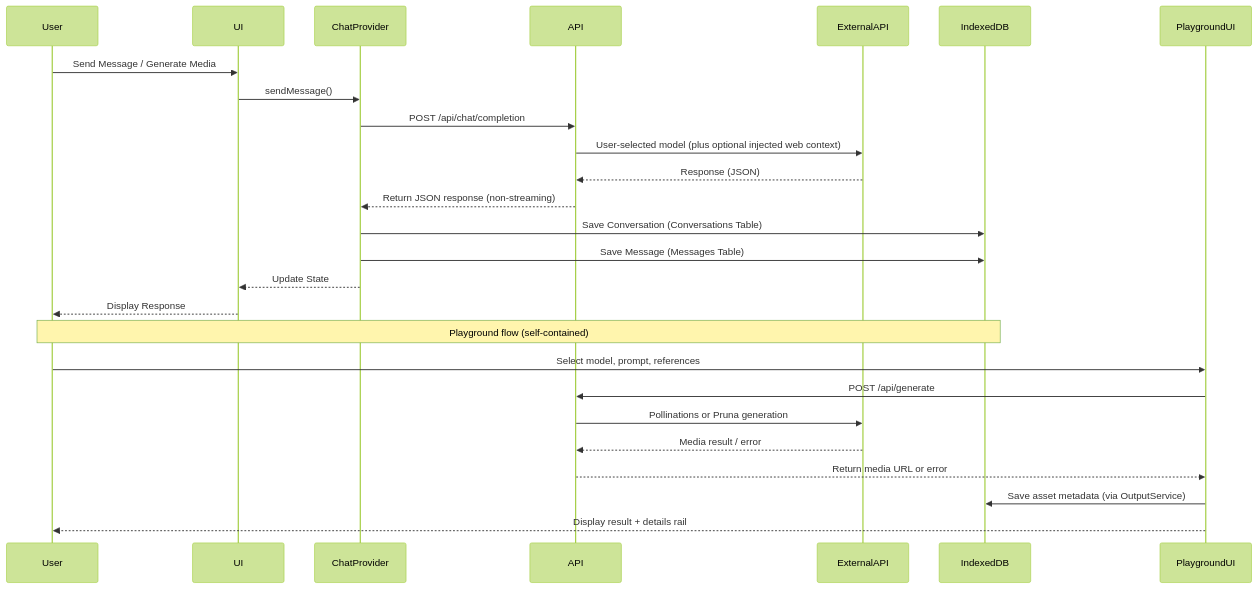
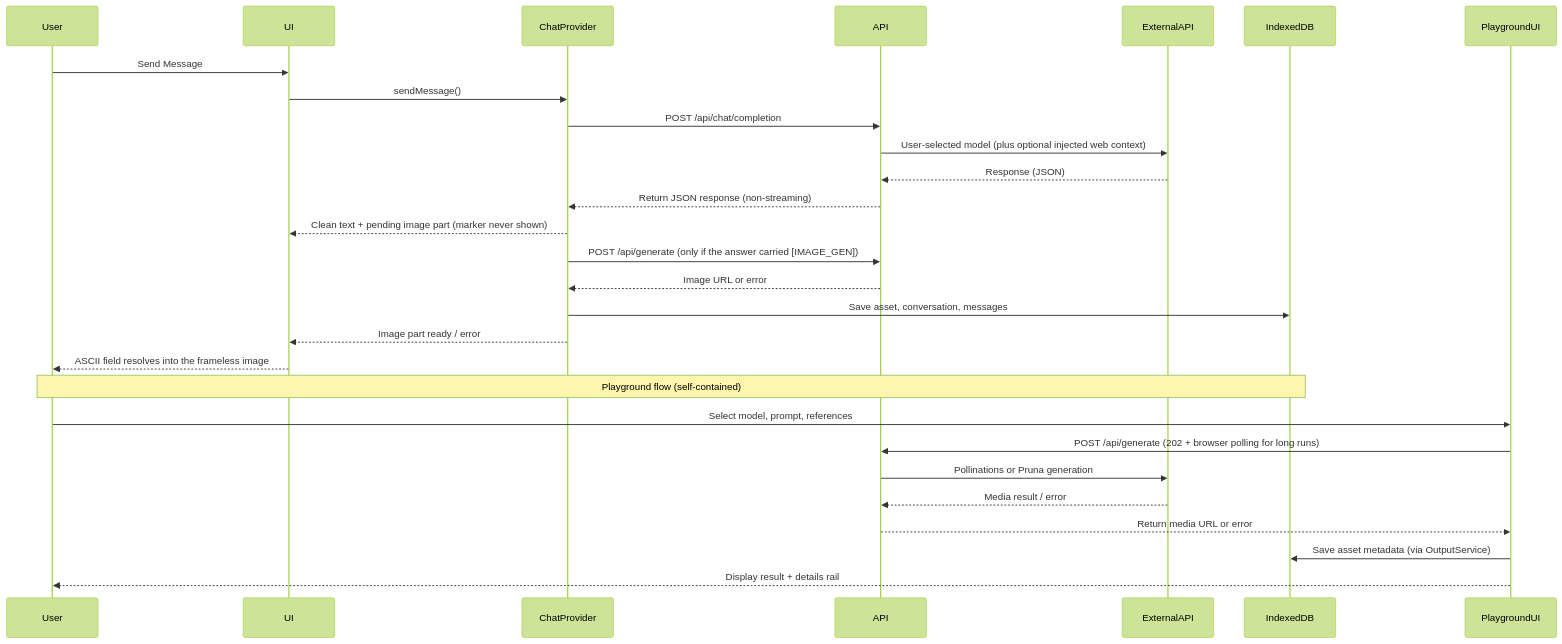
Before and after one commit to loopmaster303/heyhihosted: the third of 5 diagrams in docs/architecture-view.md, drawn with Mermaid (forest theme). The commit also changed other lines of this file and 93 other files, not shown here.

````diff
--- a/docs/architecture-view.md
+++ b/docs/architecture-view.md
@@ -81,29 +71,31 @@
 ```mermaid
 sequenceDiagram
     participant User
     participant UI
     participant ChatProvider
     participant API
     participant ExternalAPI
     participant IndexedDB
     
-    User->>UI: Send Message / Generate Media
+    User->>UI: Send Message
     UI->>ChatProvider: sendMessage()
     ChatProvider->>API: POST /api/chat/completion
     API->>ExternalAPI: User-selected model (plus optional injected web context)
     ExternalAPI-->>API: Response (JSON)
     API-->>ChatProvider: Return JSON response (non-streaming)
-    ChatProvider->>IndexedDB: Save Conversation (Conversations Table)
-    ChatProvider->>IndexedDB: Save Message (Messages Table)
-    ChatProvider-->>UI: Update State
-    UI-->>User: Display Response
+    ChatProvider-->>UI: Clean text + pending image part (marker never shown)
+    ChatProvider->>API: POST /api/generate (only if the answer carried [IMAGE_GEN])
+    API-->>ChatProvider: Image URL or error
+    ChatProvider->>IndexedDB: Save asset, conversation, messages
+    ChatProvider-->>UI: Image part ready / error
+    UI-->>User: ASCII field resolves into the frameless image
 
     Note over User, IndexedDB: Playground flow (self-contained)
     User->>PlaygroundUI: Select model, prompt, references
-    PlaygroundUI->>API: POST /api/generate
+    PlaygroundUI->>API: POST /api/generate (202 + browser polling for long runs)
     API->>ExternalAPI: Pollinations or Pruna generation
     ExternalAPI-->>API: Media result / error
     API-->>PlaygroundUI: Return media URL or error
     PlaygroundUI->>IndexedDB: Save asset metadata (via OutputService)
     PlaygroundUI-->>User: Display result + details rail
 ```
````
